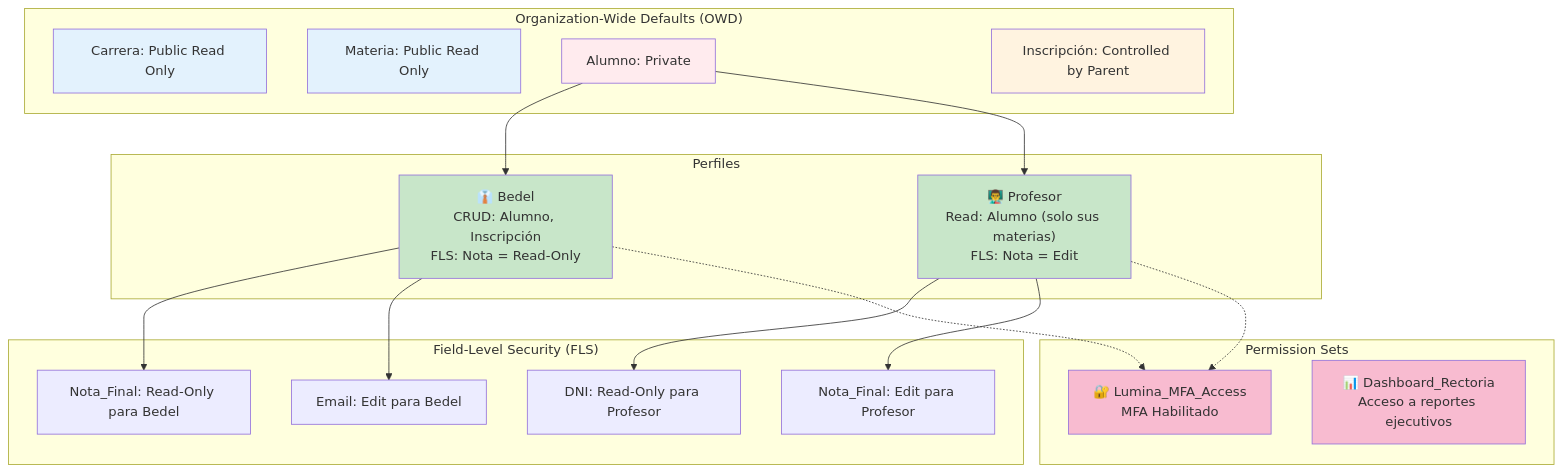
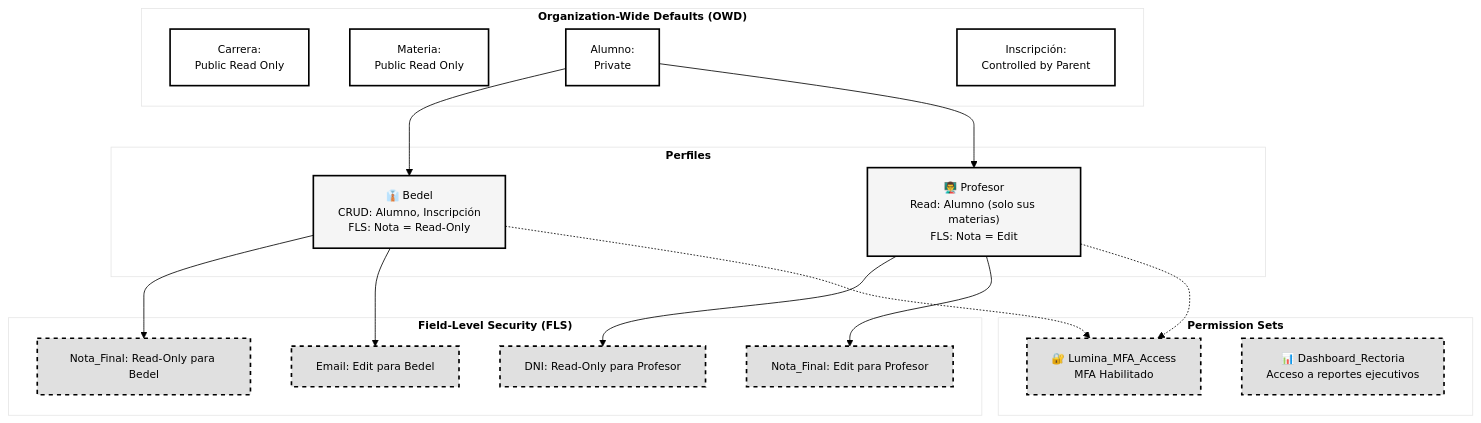
The diagram in content/Lumina_Tech/DIAGRAMA_SEGURIDAD.md (wigsdev/salesforce_admin), drawn with Mermaid before and after one commit. The commit also changed 1 other file, not shown here.

Commit message:
docs: improve diagram visibility with high-contrast monochrome style

````diff
--- a/content/Lumina_Tech/DIAGRAMA_SEGURIDAD.md
+++ b/content/Lumina_Tech/DIAGRAMA_SEGURIDAD.md
@@ -3,44 +3,44 @@
 ```mermaid
+%%{init: {'theme':'base', 'themeVariables': { 'primaryColor':'#fff','primaryTextColor':'#000','primaryBorderColor':'#000','lineColor':'#000','fontSize':'13px'}}}%%
 graph TB
-    subgraph "Organization-Wide Defaults (OWD)"
-        OWD1["Carrera: Public Read Only"]
-        OWD2["Materia: Public Read Only"]
-        OWD3["Alumno: Private"]
-        OWD4["Inscripción: Controlled by Parent"]
+    subgraph OWD["<b>Organization-Wide Defaults (OWD)</b>"]
+        OWD1["Carrera:<br/>Public Read Only"]
+        OWD2["Materia:<br/>Public Read Only"]
+        OWD3["Alumno:<br/>Private"]
+        OWD4["Inscripción:<br/>Controlled by Parent"]
     end
     
-    subgraph "Perfiles"
+    subgraph PROF["<b>Perfiles</b>"]
         P1["👔 Bedel<br/>CRUD: Alumno, Inscripción<br/>FLS: Nota = Read-Only"]
         P2["👨‍🏫 Profesor<br/>Read: Alumno (solo sus materias)<br/>FLS: Nota = Edit"]
     end
     
-    subgraph "Permission Sets"
+    subgraph PS["<b>Permission Sets</b>"]
         PS1["🔐 Lumina_MFA_Access<br/>MFA Habilitado"]
         PS2["📊 Dashboard_Rectoria<br/>Acceso a reportes ejecutivos"]
     end
     
-    subgraph "Field-Level Security (FLS)"
+    subgraph FLS["<b>Field-Level Security (FLS)</b>"]
         FLS1["DNI: Read-Only para Profesor"]
         FLS2["Nota_Final: Edit para Profesor"]
         FLS3["Nota_Final: Read-Only para Bedel"]
         FLS4["Email: Edit para Bedel"]
     end
     
     OWD3 --> P1
     OWD3 --> P2
     P1 --> FLS3
     P1 --> FLS4
     P2 --> FLS1
     P2 --> FLS2
     P1 -.-> PS1
     P2 -.-> PS1
     
-    style OWD1 fill:#e3f2fd
-    style OWD2 fill:#e3f2fd
-    style OWD3 fill:#ffebee
-    style OWD4 fill:#fff3e0
-    style P1 fill:#c8e6c9
-    style P2 fill:#c8e6c9
-    style PS1 fill:#f8bbd0
-    style PS2 fill:#f8bbd0
+    classDef owdStyle fill:#fff,stroke:#000,stroke-width:2px,color:#000
+    classDef profileStyle fill:#f5f5f5,stroke:#000,stroke-width:2px,color:#000
+    classDef psStyle fill:#e0e0e0,stroke:#000,stroke-width:2px,color:#000,stroke-dasharray: 5 5
+    
+    class OWD1,OWD2,OWD3,OWD4 owdStyle
+    class P1,P2 profileStyle
+    class PS1,PS2,FLS1,FLS2,FLS3,FLS4 psStyle
 ```
````
